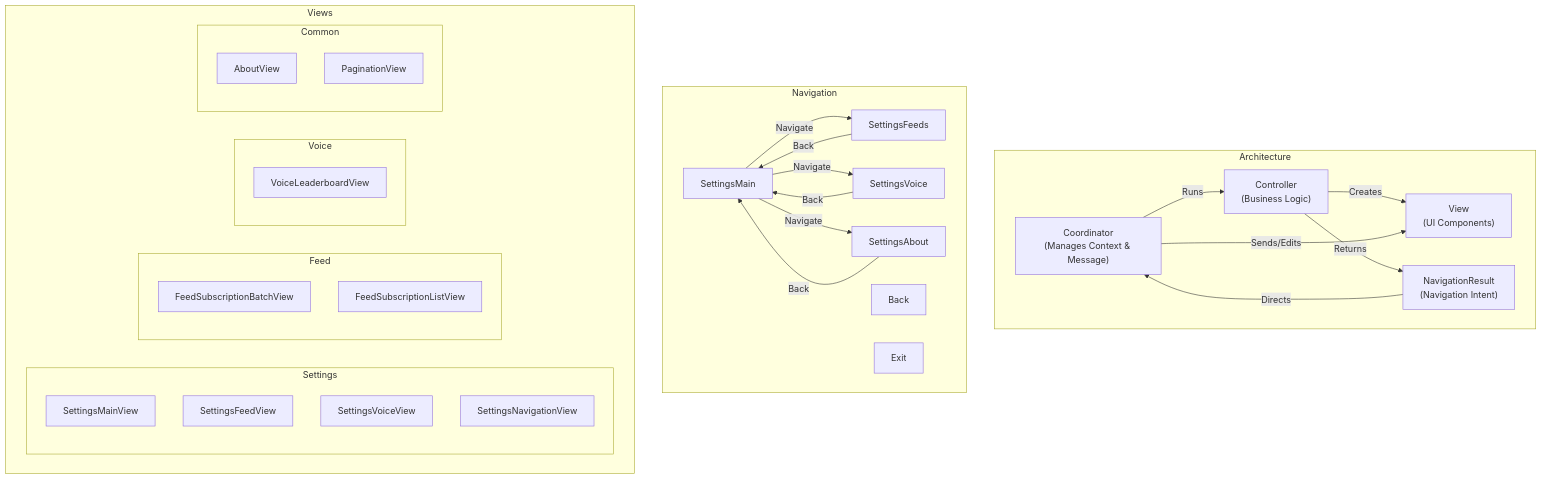
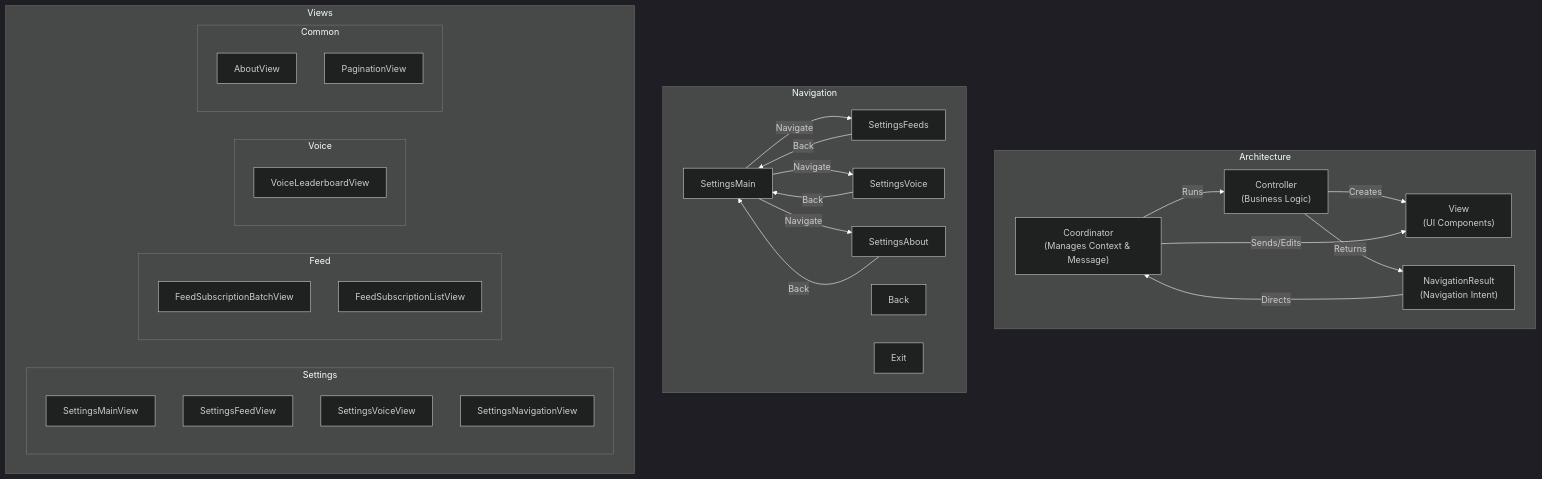
One commit to FAZuH/pwr-bot changed the diagram in docs/diagrams/architecture-view-flow.mmd. Above: the diagram before and after it, drawn with Mermaid. The commit also changed 3 other files, not shown here.

```diff
--- a/docs/diagrams/architecture-view-flow.mmd
+++ b/docs/diagrams/architecture-view-flow.mmd
@@ -1,54 +1,67 @@
-%% UI Flow
+%%{init: {
+  'theme': 'dark',
+  'themeVariables': {
+    'primaryColor': '#1e1e1e',
+    'primaryTextColor': '#ffffff',
+    'primaryBorderColor': '#ffffff',
+    'lineColor': '#ffffff',
+    'secondaryColor': '#2d2d2d',
+    'tertiaryColor': '#1e1e1e',
+    'noteBkgColor': '#2d2d2d',
+    'noteTextColor': '#ffffff',
+    'noteBorderColor': '#ffffff'
+  }
+}}%%
 graph TB
     subgraph Architecture
         Coordinator["Coordinator<br/>(Manages Context & Message)"]
         Controller["Controller<br/>(Business Logic)"]
         View["View<br/>(UI Components)"]
         NavigationResult["NavigationResult<br/>(Navigation Intent)"]
     end
 
     Coordinator -->|Runs| Controller
     Controller -->|Creates| View
     Coordinator -->|Sends/Edits| View
     Controller -->|Returns| NavigationResult
     NavigationResult -->|Directs| Coordinator
 
     subgraph Navigation
         direction LR
         SettingsMain[SettingsMain]
         SettingsFeeds[SettingsFeeds]
         SettingsVoice[SettingsVoice]
         SettingsAbout[SettingsAbout]
         Back[Back]
         Exit[Exit]
     end
 
     SettingsMain -->|Navigate| SettingsFeeds
     SettingsMain -->|Navigate| SettingsVoice
     SettingsMain -->|Navigate| SettingsAbout
     SettingsFeeds -->|Back| SettingsMain
     SettingsVoice -->|Back| SettingsMain
     SettingsAbout -->|Back| SettingsMain
 
     subgraph Views
         subgraph Settings
             SettingsMainView
             SettingsFeedView
             SettingsVoiceView
             SettingsNavigationView
         end
 
         subgraph Feed
             FeedSubscriptionBatchView
             FeedSubscriptionListView
         end
 
         subgraph Voice
             VoiceLeaderboardView
         end
 
         subgraph Common
             AboutView
             PaginationView
         end
     end
```
